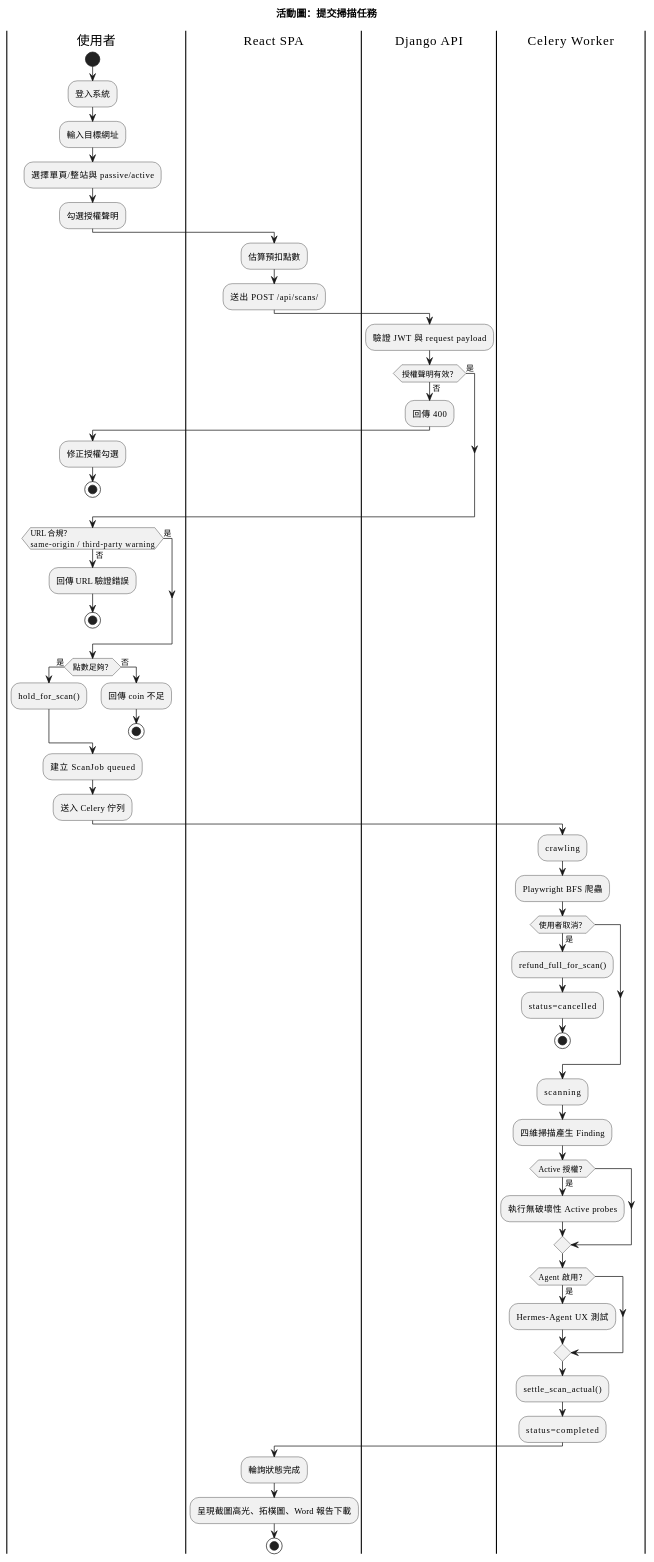
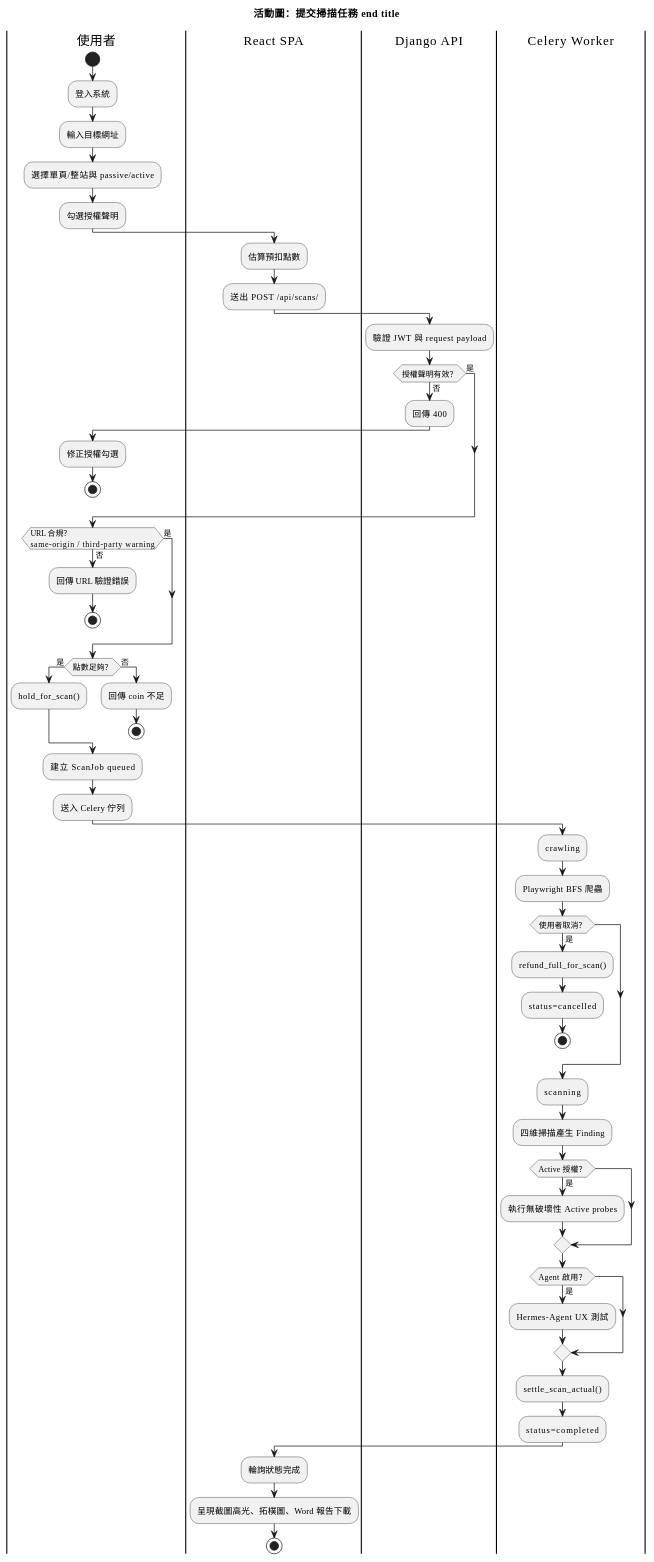
The fifth of 13 diagrams in PlantUML.md (Djude1/Argus), drawn with PlantUML before and after one commit. The commit also changed other lines of this file, not shown here.

````diff
--- a/PlantUML.md
+++ b/PlantUML.md
@@ -293,68 +293,68 @@
 ```plantuml
 @startuml
-title 活動圖：提交掃描任務
+title 活動圖：提交掃描任務 end title
 skinparam defaultFontName Microsoft JhengHei
 skinparam shadowing false
 
 |使用者|
 start
 :登入系統;
 :輸入目標網址;
 :選擇單頁/整站與 passive/active;
 :勾選授權聲明;
 
 |React SPA|
 :估算預扣點數;
 :送出 POST /api/scans/;
 
 |Django API|
 :驗證 JWT 與 request payload;
 if (授權聲明有效？) then (是)
 else (否)
   :回傳 400;
   |使用者|
   :修正授權勾選;
   stop
 endif
 
 if (URL 合規？\nsame-origin / third-party warning) then (是)
 else (否)
   :回傳 URL 驗證錯誤;
   stop
 endif
 
 if (點數足夠？) then (是)
   :hold_for_scan();
 else (否)
   :回傳 coin 不足;
   stop
 endif
 
 :建立 ScanJob queued;
 :送入 Celery 佇列;
 
 |Celery Worker|
 :crawling;
 :Playwright BFS 爬蟲;
 if (使用者取消？) then (是)
   :refund_full_for_scan();
   :status=cancelled;
   stop
 endif
 :scanning;
 :四維掃描產生 Finding;
 if (Active 授權？) then (是)
   :執行無破壞性 Active probes;
 endif
 if (Agent 啟用？) then (是)
   :Hermes-Agent UX 測試;
 endif
 :settle_scan_actual();
 :status=completed;
 
 |React SPA|
 :輪詢狀態完成;
 :呈現截圖高光、拓樸圖、Word 報告下載;
 stop
 @enduml
 ```
````
